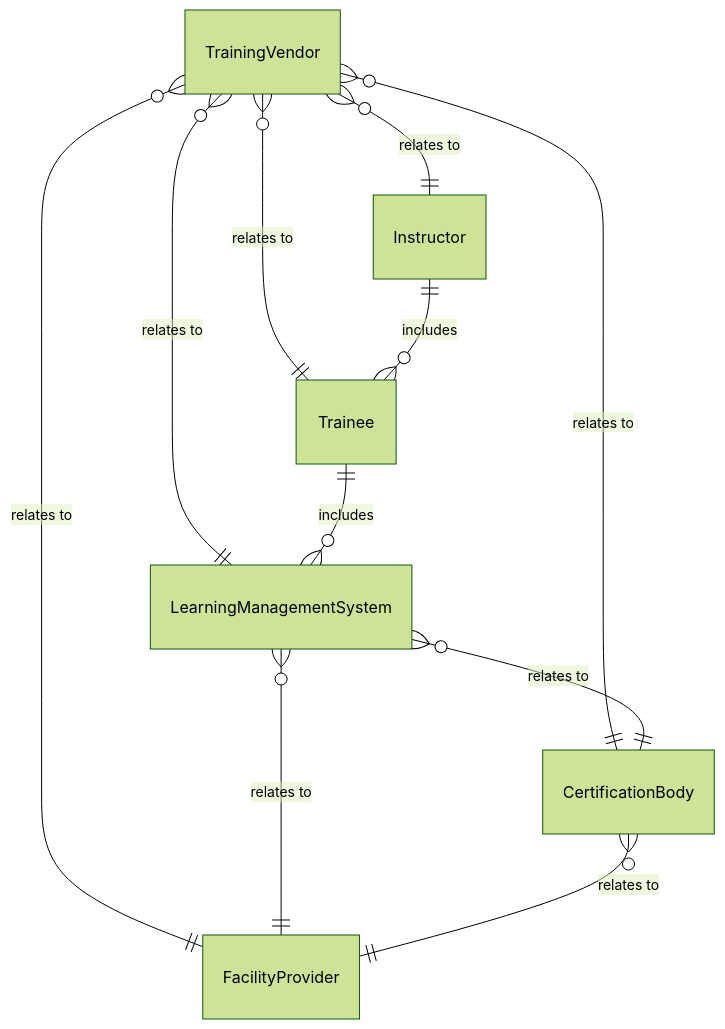
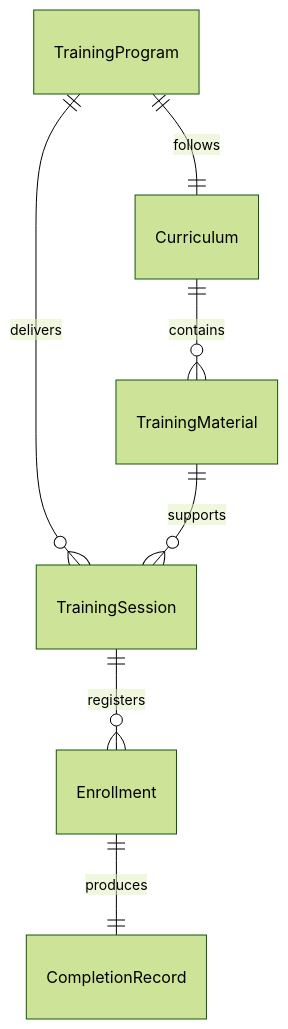
One commit to dot-org-ai/tasks.org.ai changed the first of 4 diagrams in GuidingDirectingAndMotivatingSubordinates/ManageHumanResourcesActivities/CoordinateTrainingActivities.mdx. Above: the diagram before and after it, drawn with Mermaid (forest theme). The commit also changed other lines of this file and 515 other files, not shown here.

````diff
--- a/GuidingDirectingAndMotivatingSubordinates/ManageHumanResourcesActivities/CoordinateTrainingActivities.mdx
+++ b/GuidingDirectingAndMotivatingSubordinates/ManageHumanResourcesActivities/CoordinateTrainingActivities.mdx
@@ -89,13 +89,9 @@
 ```mermaid
 erDiagram
-    TrainingVendor }o--|| Instructor : "relates to"
-    TrainingVendor }o--|| Trainee : "relates to"
-    TrainingVendor }o--|| LearningManagementSystem : "relates to"
-    TrainingVendor }o--|| CertificationBody : "relates to"
-    TrainingVendor }o--|| FacilityProvider : "relates to"
-    Instructor ||--o{ Trainee : includes
-    Trainee ||--o{ LearningManagementSystem : includes
-    LearningManagementSystem }o--|| CertificationBody : "relates to"
-    LearningManagementSystem }o--|| FacilityProvider : "relates to"
-    CertificationBody }o--|| FacilityProvider : "relates to"
+    TrainingProgram ||--o{ TrainingSession : "delivers"
+    TrainingProgram ||--|| Curriculum : "follows"
+    TrainingSession ||--o{ Enrollment : "registers"
+    Enrollment ||--|| CompletionRecord : "produces"
+    TrainingMaterial ||--o{ TrainingSession : "supports"
+    Curriculum ||--o{ TrainingMaterial : "contains"
 ```
````
